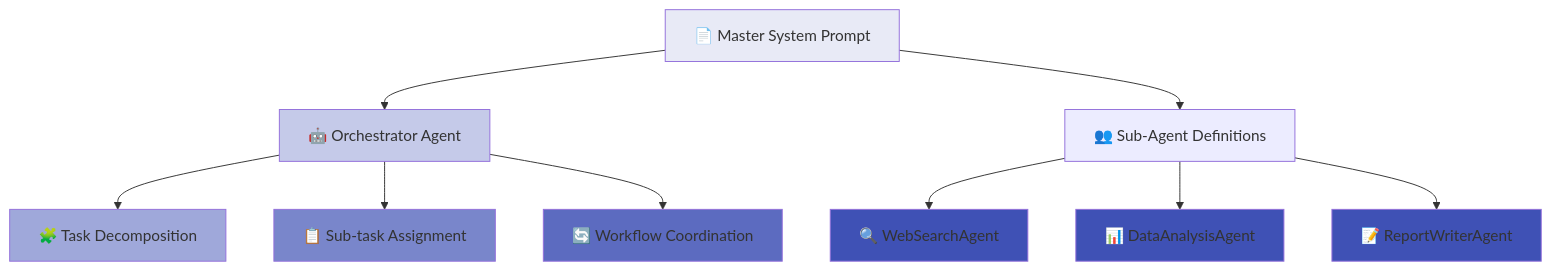
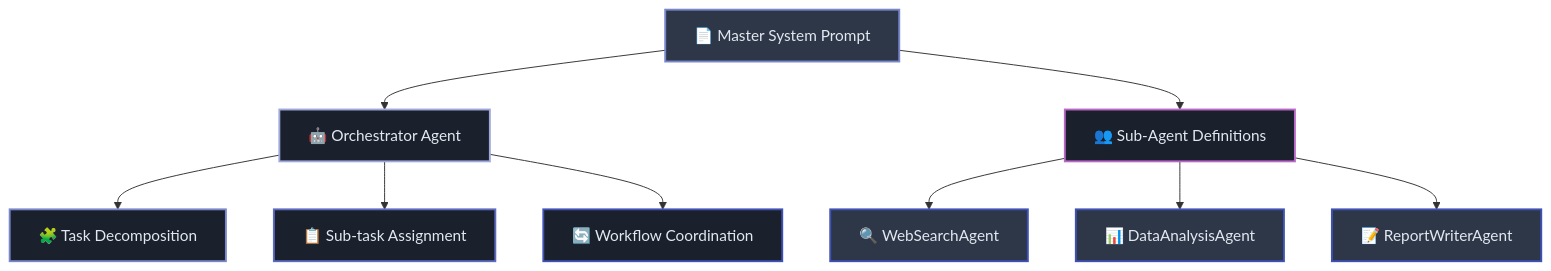
The fourth of 6 diagrams in Part_II_Section_6_Implementing_Agentic_Blueprints_Model-Specific_Architectures.md (josemlopez/prompt_tutorial), drawn with Mermaid before and after one commit. The commit also changed other lines of this file and 7 other files, not shown here.

````diff
--- a/Part_II_Section_6_Implementing_Agentic_Blueprints_Model-Specific_Architectures.md
+++ b/Part_II_Section_6_Implementing_Agentic_Blueprints_Model-Specific_Architectures.md
@@ -161,22 +171,23 @@
 ```mermaid
 graph TD
-    A[📄 Master System Prompt] --> B[🤖 Orchestrator Agent]
-    A --> C[👥 Sub-Agent Definitions]
-    
-    B --> D[🧩 Task Decomposition]
-    B --> E[📋 Sub-task Assignment]
-    B --> F[🔄 Workflow Coordination]
-    
-    C --> G[🔍 WebSearchAgent]
-    C --> H[📊 DataAnalysisAgent]
-    C --> I[📝 ReportWriterAgent]
-    
-    style A fill:#e8eaf6
-    style B fill:#c5cae9
-    style D fill:#9fa8da
-    style E fill:#7986cb
-    style F fill:#5c6bc0
-    style G fill:#3f51b5
-    style H fill:#3f51b5
-    style I fill:#3f51b5
+   A[📄 Master System Prompt] --> B[🤖 Orchestrator Agent]
+   A --> C[👥 Sub-Agent Definitions]
+   
+   B --> D[🧩 Task Decomposition]
+   B --> E[📋 Sub-task Assignment]
+   B --> F[🔄 Workflow Coordination]
+   
+   C --> G[🔍 WebSearchAgent]
+   C --> H[📊 DataAnalysisAgent]
+   C --> I[📝 ReportWriterAgent]
+   
+   style A fill:#2d3748,stroke:#7986cb,stroke-width:2px,color:#e2e8f0
+   style B fill:#1a202c,stroke:#9fa8da,stroke-width:2px,color:#e2e8f0
+   style C fill:#1a202c,stroke:#ba68c8,stroke-width:2px,color:#e2e8f0
+   style D fill:#1a202c,stroke:#7986cb,stroke-width:2px,color:#e2e8f0
+   style E fill:#1a202c,stroke:#5c6bc0,stroke-width:2px,color:#e2e8f0
+   style F fill:#1a202c,stroke:#3f51b5,stroke-width:2px,color:#e2e8f0
+   style G fill:#2d3748,stroke:#3f51b5,stroke-width:2px,color:#e2e8f0
+   style H fill:#2d3748,stroke:#3f51b5,stroke-width:2px,color:#e2e8f0
+   style I fill:#2d3748,stroke:#3f51b5,stroke-width:2px,color:#e2e8f0
 ```
````
